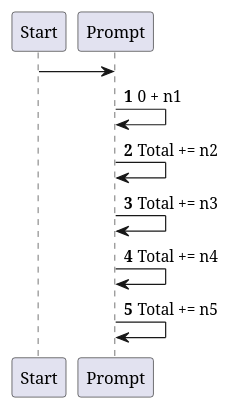
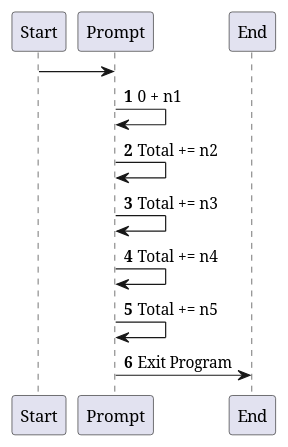
The diagram in src/main/java/oop/assignment2/ex28/base/Flowchart.puml (GitEthan-1/woollet-cop3330-assignment2), drawn with PlantUML before and after one commit. The commit also changed 5 other files, not shown here.

```diff
--- a/src/main/java/oop/assignment2/ex28/base/Flowchart.puml
+++ b/src/main/java/oop/assignment2/ex28/base/Flowchart.puml
@@ -1,9 +1,10 @@
 @startuml
 Start -> Prompt
 autonumber
 Prompt -> Prompt : 0 + n1
 Prompt -> Prompt : Total += n2
 Prompt -> Prompt : Total += n3
 Prompt -> Prompt : Total += n4
 Prompt -> Prompt : Total += n5
+Prompt -> End : Exit Program
 @enduml
```
